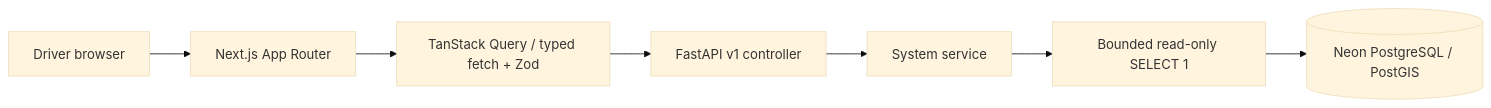
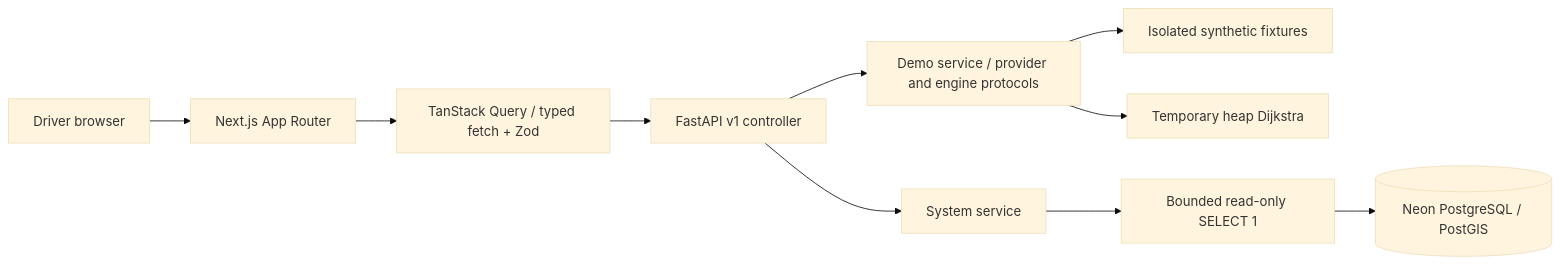
Before and after one commit to anasnasuhaaa/hydro-gig: the diagram in docs/ARCHITECTURE.md, drawn with Mermaid (base theme). The commit also changed other lines of this file and 48 other files, not shown here.

````diff
--- a/docs/ARCHITECTURE.md
+++ b/docs/ARCHITECTURE.md
@@ -7,9 +7,12 @@
 ```mermaid
 flowchart LR
   Driver[Driver browser] --> UI[Next.js App Router]
   UI --> Query[TanStack Query / typed fetch + Zod]
   Query --> API[FastAPI v1 controller]
+  API --> Demo[Demo service / provider and engine protocols]
+  Demo --> Fixtures[Isolated synthetic fixtures]
+  Demo --> Routing[Temporary heap Dijkstra]
   API --> Service[System service]
   Service --> Probe[Bounded read-only SELECT 1]
   Probe --> DB[(Neon PostgreSQL / PostGIS)]
 ```
````
